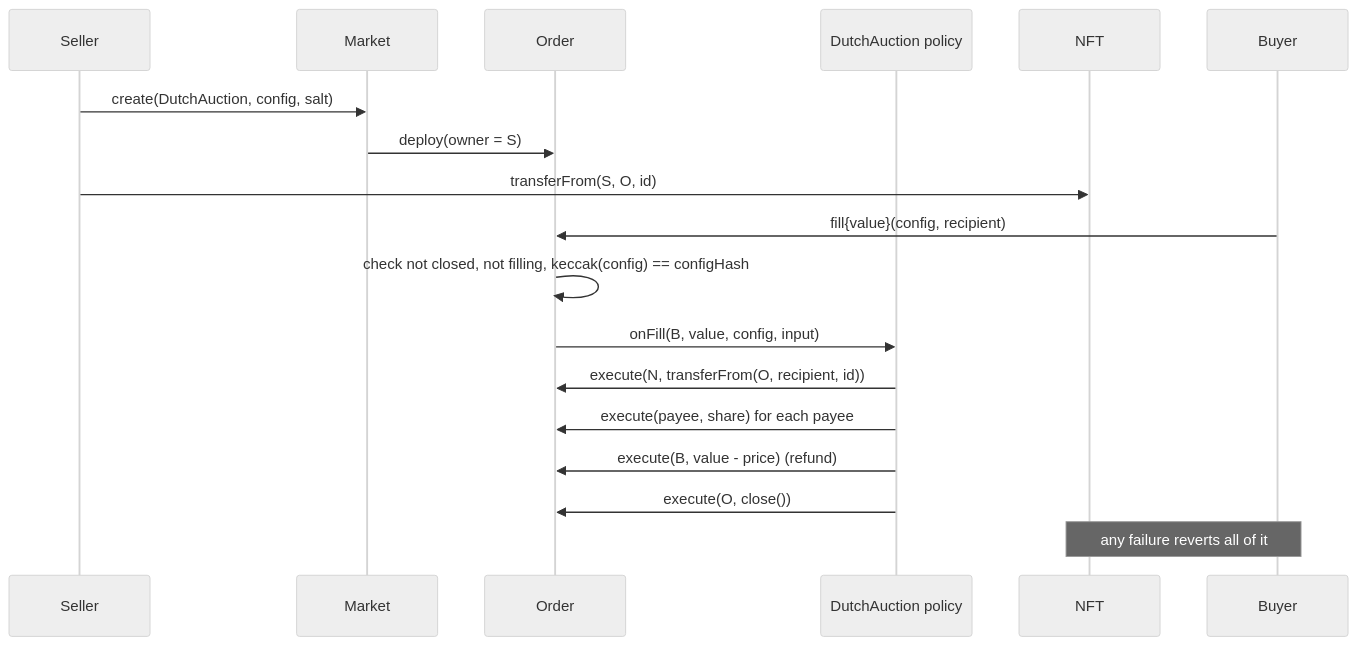
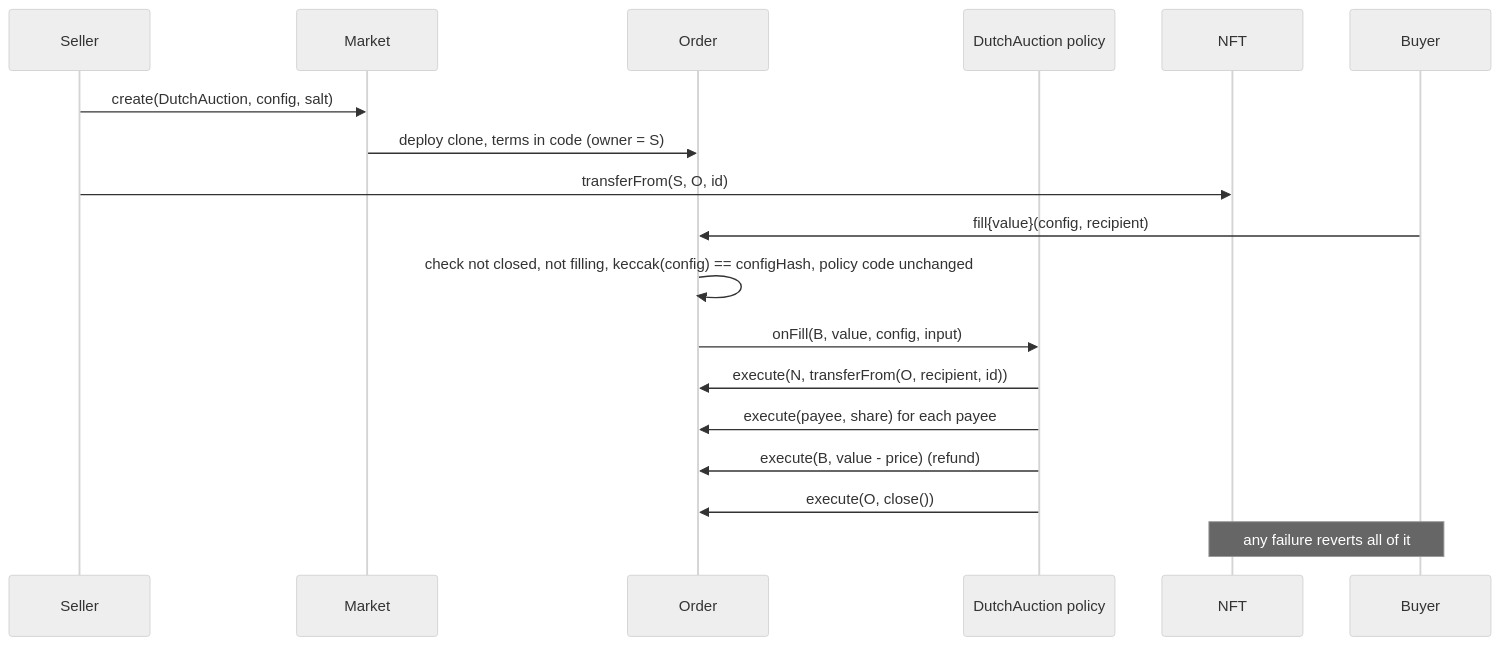
Before and after one commit to ripe0x/market: the second of 3 diagrams in README.md, drawn with Mermaid (neutral theme). The commit also changed other lines of this file and 6 other files, not shown here.

First line of the commit message:
Document clones, policy code pin, FillVerifier and owner decisions; add LICENSE

````diff
--- a/README.md
+++ b/README.md
@@ -93,20 +95,20 @@
 ```mermaid
 sequenceDiagram
     participant S as Seller
     participant M as Market
     participant O as Order
     participant P as DutchAuction policy
     participant N as NFT
     participant B as Buyer
     S->>M: create(DutchAuction, config, salt)
-    M->>O: deploy(owner = S)
+    M->>O: deploy clone, terms in code (owner = S)
     S->>N: transferFrom(S, O, id)
     B->>O: fill{value}(config, recipient)
-    O->>O: check not closed, not filling, keccak(config) == configHash
+    O->>O: check not closed, not filling, keccak(config) == configHash, policy code unchanged
     O->>P: onFill(B, value, config, input)
     P->>O: execute(N, transferFrom(O, recipient, id))
     P->>O: execute(payee, share) for each payee
     P->>O: execute(B, value - price)  (refund)
     P->>O: execute(O, close())
     Note over B,N: any failure reverts all of it
 ```
````
